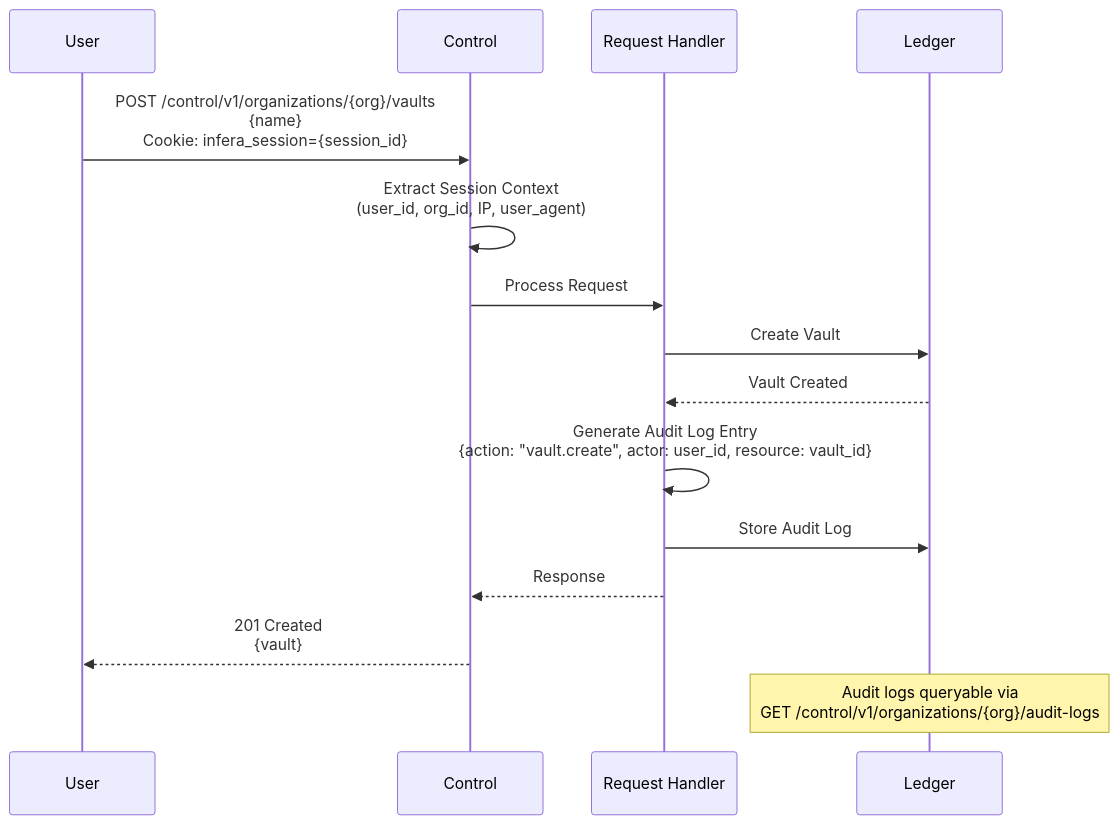
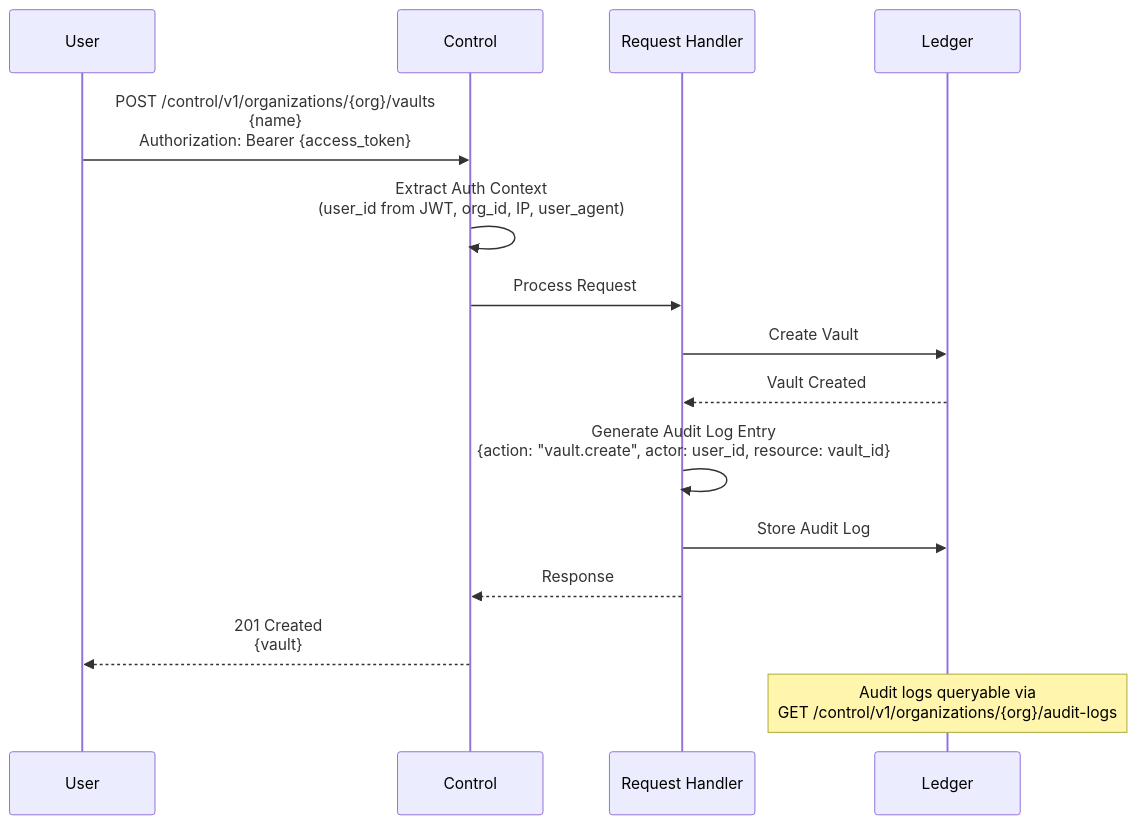
The eighth of 10 diagrams in docs/flows.md (inferadb/control), drawn with Mermaid before and after one commit. The commit also changed other lines of this file and 46 other files, not shown here.

````diff
--- a/docs/flows.md
+++ b/docs/flows.md
@@ -407,26 +248,26 @@
 ```mermaid
 sequenceDiagram
     participant User
     participant API as Control
     participant Handler as Request Handler
     participant DB as Ledger
 
-    User->>API: POST /control/v1/organizations/{org}/vaults<br/>{name}<br/>Cookie: infera_session={session_id}
+    User->>API: POST /control/v1/organizations/{org}/vaults<br/>{name}<br/>Authorization: Bearer {access_token}
 
-    API->>API: Extract Session Context<br/>(user_id, org_id, IP, user_agent)
+    API->>API: Extract Auth Context<br/>(user_id from JWT, org_id, IP, user_agent)
 
     API->>Handler: Process Request
 
     Handler->>DB: Create Vault
     DB-->>Handler: Vault Created
 
     Handler->>Handler: Generate Audit Log Entry<br/>{action: "vault.create", actor: user_id, resource: vault_id}
 
     Handler->>DB: Store Audit Log
 
     Handler-->>API: Response
 
     API-->>User: 201 Created<br/>{vault}
 
     Note over DB: Audit logs queryable via<br/>GET /control/v1/organizations/{org}/audit-logs
 ```
````
